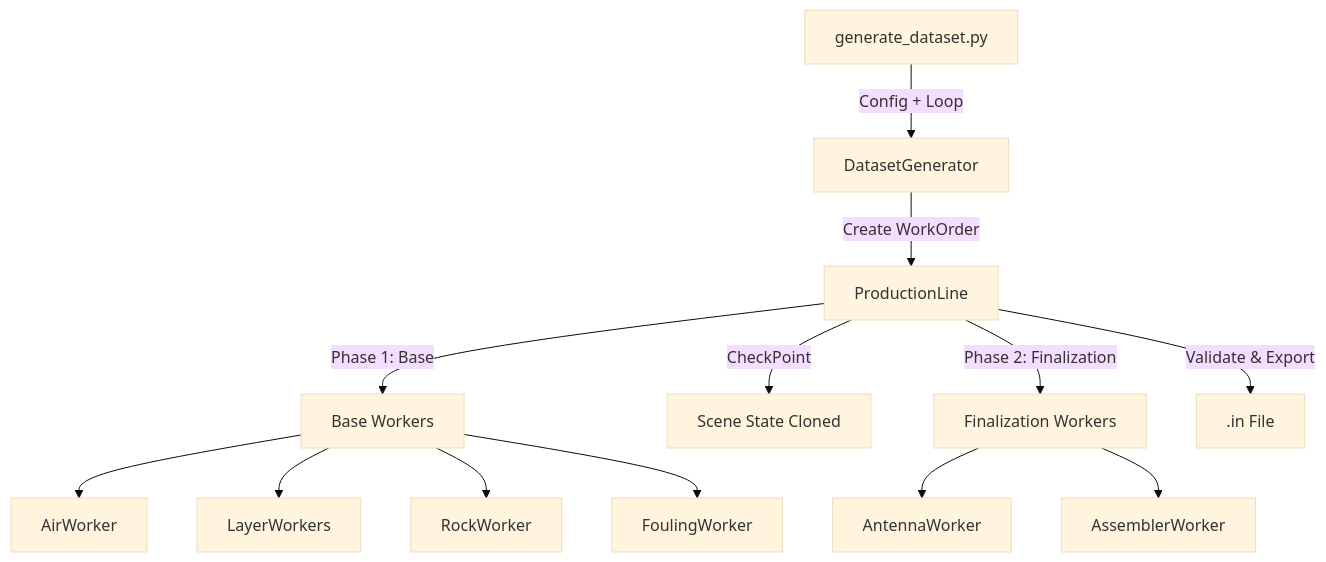
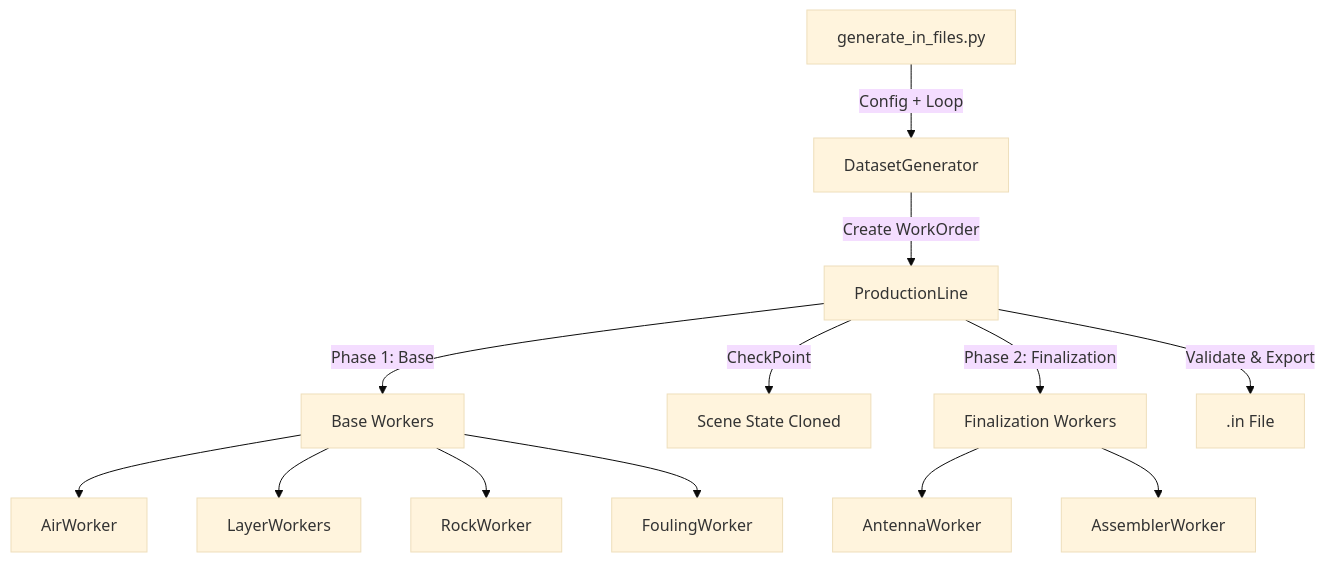
The diagram in docs/GENERATION_PROCESS.md (alvaroj-uv/Synth-GPR), drawn with Mermaid (base theme) before and after one commit. The commit also changed other lines of this file and 4 other files, not shown here.

````diff
--- a/docs/GENERATION_PROCESS.md
+++ b/docs/GENERATION_PROCESS.md
@@ -16,15 +16,15 @@
 ```mermaid
 graph TD
-    A[generate_dataset.py] -->|Config + Loop| B[DatasetGenerator]
+    A[generate_in_files.py] -->|Config + Loop| B[DatasetGenerator]
     B -->|Create WorkOrder| C[ProductionLine]
     C -->|Phase 1: Base| D[Base Workers]
     D --> E[AirWorker]
     D --> F[LayerWorkers]
     D --> G[RockWorker]
     D --> H[FoulingWorker]
     C -->|CheckPoint| I[Scene State Cloned]
     C -->|Phase 2: Finalization| J[Finalization Workers]
     J --> K[AntennaWorker]
     J --> L[AssemblerWorker]
     C -->|Validate & Export| M[.in File]
 ```
````
